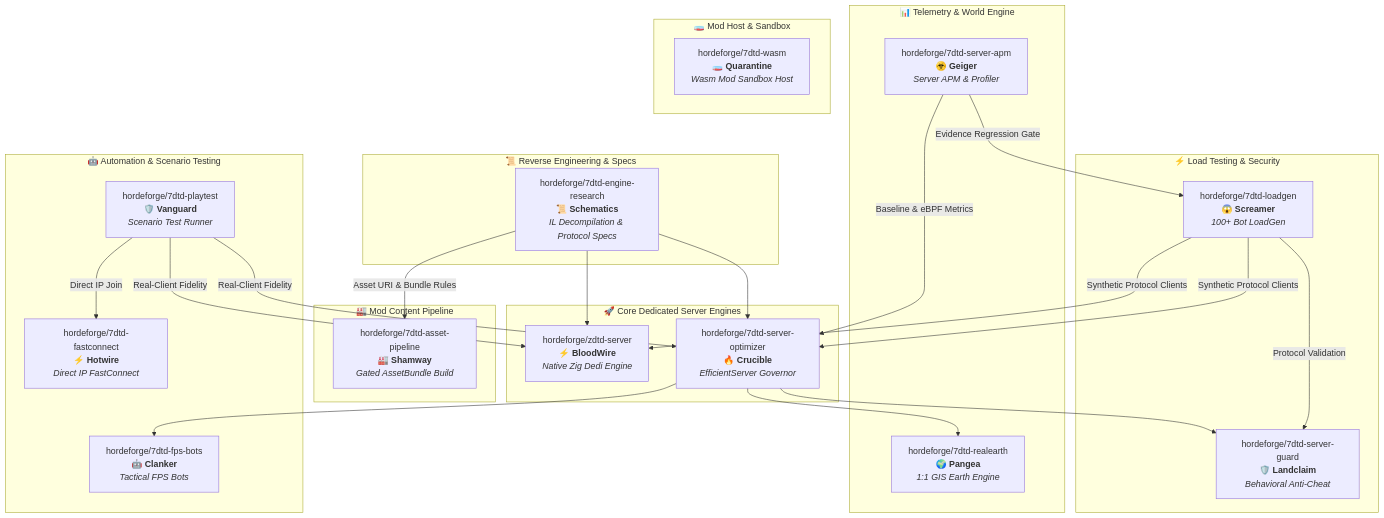
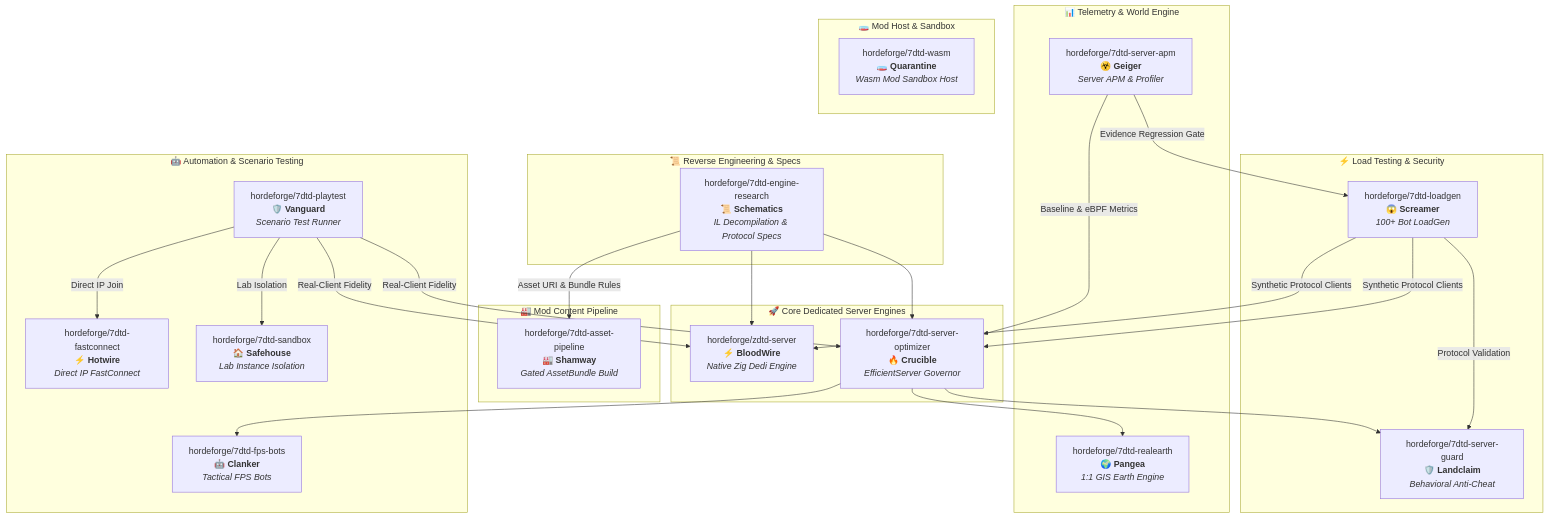
Before and after one commit to hordeforge/.github: the diagram in profile/README.md, drawn with Mermaid. The commit also changed other lines of this file and 1 other file, not shown here.

Commit message:
Document Safehouse lab isolation (repo 7dtd-sandbox).
Add the product brand and GitHub remote to the org profile README and workspace AGENTS without dropping Shamway or Quarantine.

````diff
--- a/profile/README.md
+++ b/profile/README.md
@@ -66,54 +67,56 @@
 ```mermaid
 flowchart TD
     subgraph Research ["📜 Reverse Engineering & Specs"]
         RES["hordeforge/7dtd-engine-research<br><b>📜 Schematics</b><br><i>IL Decompilation & Protocol Specs</i>"]
     end
 
     subgraph CoreRuntimes ["🚀 Core Dedicated Server Engines"]
         ZDTD["hordeforge/zdtd-server<br><b>⚡ BloodWire</b><br><i>Native Zig Dedi Engine</i>"]
         OPT["hordeforge/7dtd-server-optimizer<br><b>🔥 Crucible</b><br><i>EfficientServer Governor</i>"]
     end
 
     subgraph LoadAndGuard ["⚡ Load Testing & Security"]
         LOAD["hordeforge/7dtd-loadgen<br><b>😱 Screamer</b><br><i>100+ Bot LoadGen</i>"]
         GUARD["hordeforge/7dtd-server-guard<br><b>🛡️ Landclaim</b><br><i>Behavioral Anti-Cheat</i>"]
     end
 
     subgraph TelemetryAndWorld ["📊 Telemetry & World Engine"]
         APM["hordeforge/7dtd-server-apm<br><b>☣️ Geiger</b><br><i>Server APM & Profiler</i>"]
         REAL["hordeforge/7dtd-realearth<br><b>🌍 Pangea</b><br><i>1:1 GIS Earth Engine</i>"]
     end
 
     subgraph ContentPipeline ["🏭 Mod Content Pipeline"]
         SHAM["hordeforge/7dtd-asset-pipeline<br><b>🏭 Shamway</b><br><i>Gated AssetBundle Build</i>"]
     end
 
     subgraph ModHost ["🧫 Mod Host & Sandbox"]
         QUAR["hordeforge/7dtd-wasm<br><b>🧫 Quarantine</b><br><i>Wasm Mod Sandbox Host</i>"]
     end
 
     subgraph BotAndAutomation ["🤖 Automation & Scenario Testing"]
         PLAY["hordeforge/7dtd-playtest<br><b>🛡️ Vanguard</b><br><i>Scenario Test Runner</i>"]
         BOT["hordeforge/7dtd-fps-bots<br><b>🤖 Clanker</b><br><i>Tactical FPS Bots</i>"]
         CONN["hordeforge/7dtd-fastconnect<br><b>⚡ Hotwire</b><br><i>Direct IP FastConnect</i>"]
+        SAFE["hordeforge/7dtd-sandbox<br><b>🏠 Safehouse</b><br><i>Lab Instance Isolation</i>"]
     end
 
     RES --> ZDTD
     RES --> OPT
     RES -->|Asset URI & Bundle Rules| SHAM
 
     LOAD -->|Synthetic Protocol Clients| ZDTD
     LOAD -->|Synthetic Protocol Clients| OPT
     LOAD -->|Protocol Validation| GUARD
 
     APM -->|Baseline & eBPF Metrics| OPT
     APM -->|Evidence Regression Gate| LOAD
 
     PLAY -->|Real-Client Fidelity| ZDTD
     PLAY -->|Real-Client Fidelity| OPT
     PLAY -->|Direct IP Join| CONN
+    PLAY -->|Lab Isolation| SAFE
 
     OPT --> GUARD
     OPT --> REAL
     OPT --> BOT
 ```
````
